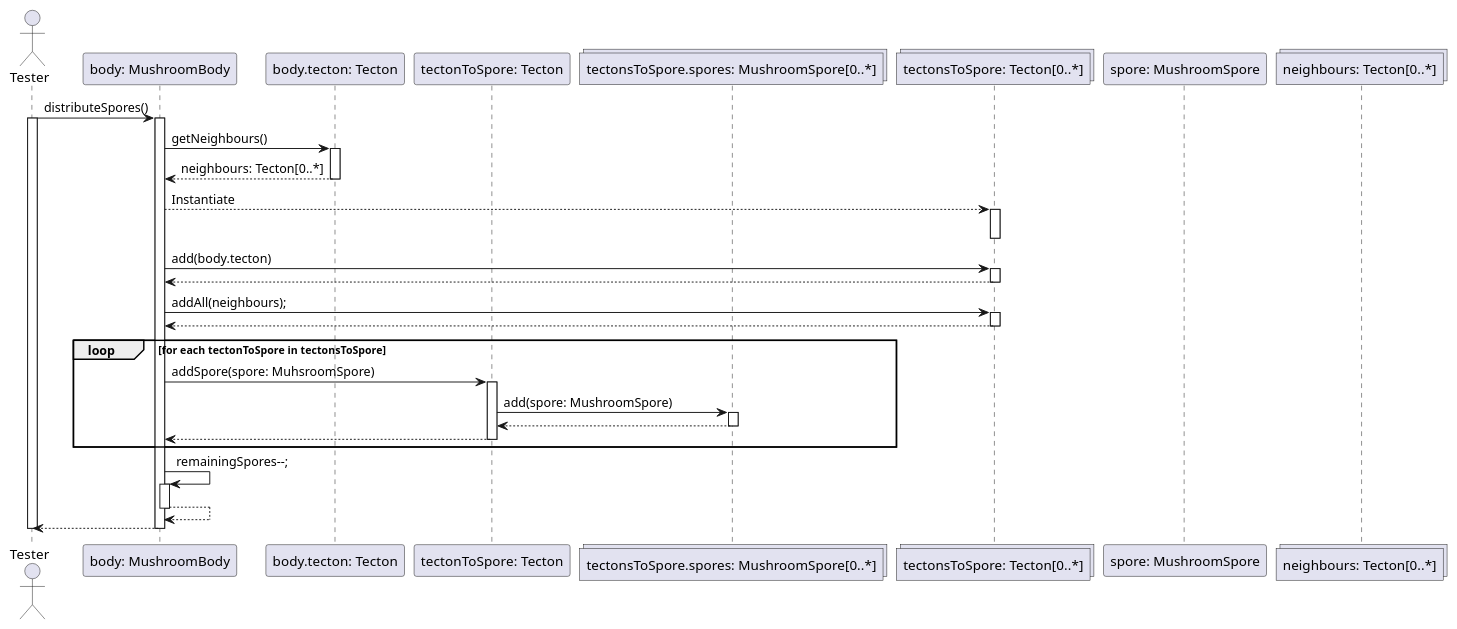
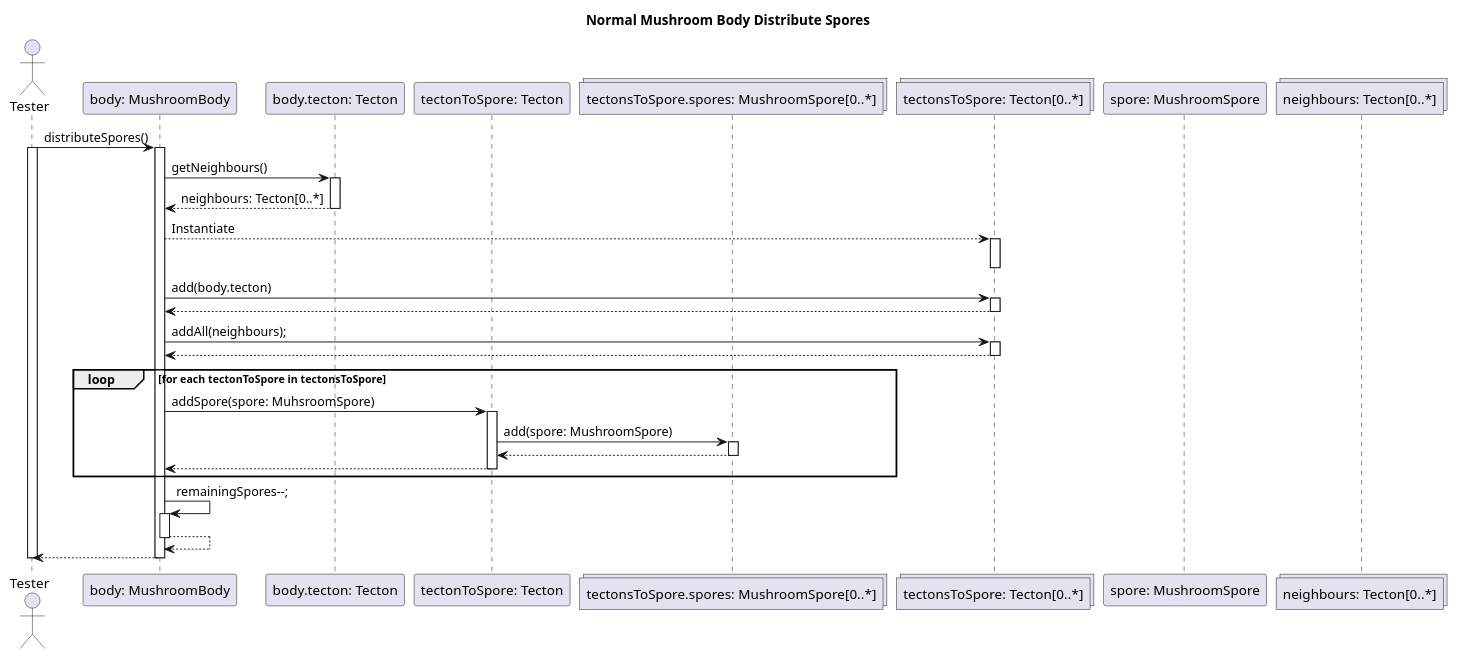
The diagram in diagrams/test-sequence/mushroom/normalMushroomBodyDistributeSpore.wsd (dzsem/projlab), drawn with PlantUML before and after one commit. The commit also changed 7 other files, not shown here.

```diff
--- a/diagrams/test-sequence/mushroom/normalMushroomBodyDistributeSpore.wsd
+++ b/diagrams/test-sequence/mushroom/normalMushroomBodyDistributeSpore.wsd
@@ -1,60 +1,62 @@
-@startuml 
+@startuml  Normal Mushroom Body Distribute Spores
+
+title Normal Mushroom Body Distribute Spores
 
 actor "Tester" as tester
 participant "body: MushroomBody" as body
 participant "body.tecton: Tecton" as tecton
 participant "tectonToSpore: Tecton" as tectonToSpore
 collections "tectonsToSpore.spores: MushroomSpore[0..*]" as spores
 collections "tectonsToSpore: Tecton[0..*]" as tectons 
 participant "spore: MushroomSpore" as spore
 collections "neighbours: Tecton[0..*]"
 
 tester -> body : distributeSpores()
 activate tester
 activate body
 
 body -> tecton : getNeighbours()
 
 activate tecton
 tecton --> body : neighbours: Tecton[0..*]
 deactivate tecton
 
 body --> tectons: Instantiate
 activate tectons
 deactivate tectons
 
     
     body -> tectons: add(body.tecton)
     activate tectons
     tectons --> body
     deactivate tectons
     
     body -> tectons: addAll(neighbours);
     activate tectons
     tectons --> body
     deactivate tectons
 
     loop for each tectonToSpore in tectonsToSpore
         body -> tectonToSpore : addSpore(spore: MuhsroomSpore)
         activate tectonToSpore
 
         tectonToSpore -> spores: add(spore: MushroomSpore)
         activate spores
         spores --> tectonToSpore
         deactivate spores
 
         tectonToSpore --> body 
         deactivate tectonToSpore
     end
 
     body -> body: remainingSpores--;
     activate body
     body --> body
     deactivate body
 
 tester <-- body
 deactivate body
 deactivate tester
 
 
 @enduml
```
